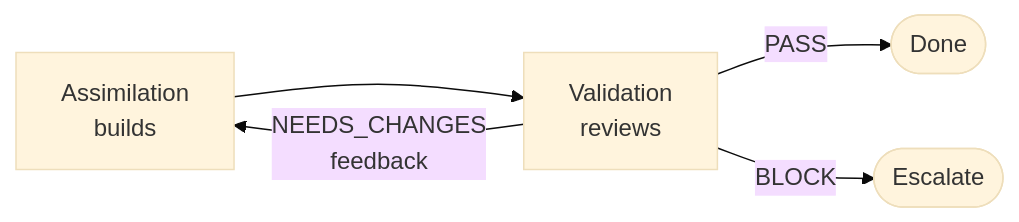
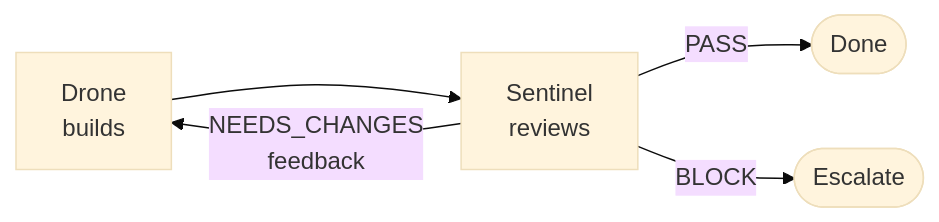
Before and after one commit to benediktms/unimatrix: the fifth of 10 diagrams in README.md, drawn with Mermaid (base theme). The commit also changed other lines of this file and 30 other files, not shown here.

````diff
--- a/README.md
+++ b/README.md
@@ -280,7 +280,7 @@
 ```mermaid
 flowchart LR
-    Adj["Assimilation<br/>builds"] --> Val["Validation<br/>reviews"]
+    Adj["Drone<br/>builds"] --> Val["Sentinel<br/>reviews"]
     Val -->|PASS| Done([Done])
     Val -->|NEEDS_CHANGES<br/>feedback| Adj
     Val -->|BLOCK| Escalate([Escalate])
 ```
````
